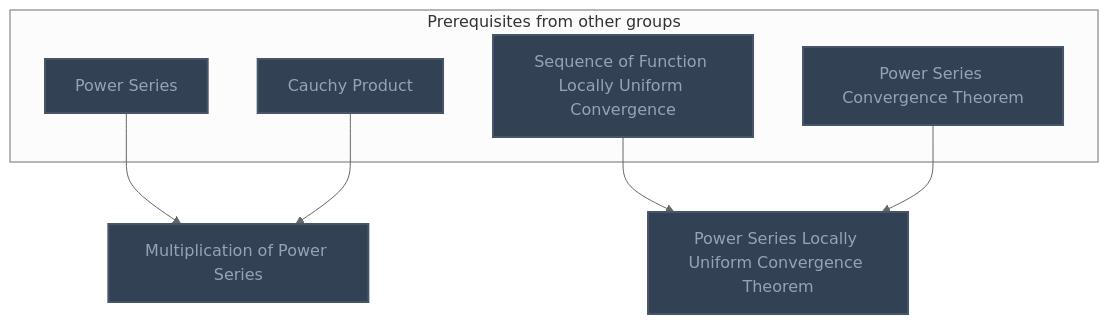
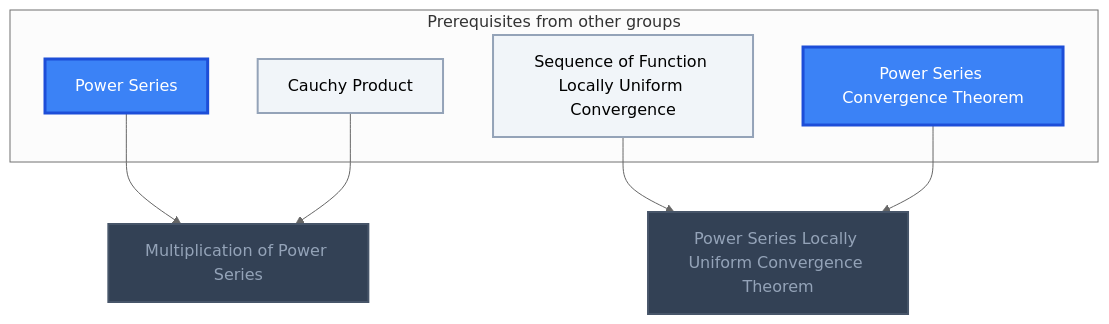
The seventh of 19 diagrams in Gamification/Skill Trees/Complex Analysis.md (MRauf1/My-Notes), drawn with Mermaid (neutral theme) before and after one commit. The commit also changed other lines of this file and 145 other files, not shown here.

````diff
--- a/Gamification/Skill Trees/Complex Analysis.md
+++ b/Gamification/Skill Trees/Complex Analysis.md
@@ -292,26 +300,28 @@
 ```mermaid
 flowchart TD
     classDef planned fill:#1E293B,stroke:#64748B,stroke-width:2px,stroke-dasharray:5 5,color:#94A3B8;
     classDef locked fill:#334155,stroke:#475569,stroke-width:2px,color:#94A3B8;
     classDef L0 fill:#F1F5F9,stroke:#94A3B8,stroke-width:2px,color:#000000;
     classDef L1 fill:#22C55E,stroke:#15803D,stroke-width:2px,color:#000000;
     classDef L2 fill:#3B82F6,stroke:#1D4ED8,stroke-width:3px,color:#FFFFFF;
     classDef L3 fill:#A855F7,stroke:#6B21A8,stroke-width:3px,color:#FFFFFF,font-weight:bold;
     classDef L4 fill:#F97316,stroke:#C2410C,stroke-width:4px,color:#000000,font-weight:bold;
     classDef L5 fill:#FFD700,stroke:#FF8C00,stroke-width:5px,color:#000000,font-weight:bold;
     classDef rusty stroke:#8B4513,stroke-width:4px,stroke-dasharray:3 3;
     subgraph sg_prereqs["Prerequisites from other groups"]
         n_power_series["Power Series"]
         n_cauchy_product["Cauchy Product"]
         n_sequence_of_function_locally_uniform_convergence["Sequence of Function Locally Uniform Convergence"]
         n_power_series_convergence_theorem["Power Series Convergence Theorem"]
     end
     n_multiplication_of_power_series["Multiplication of Power Series"]
     n_power_series_locally_uniform_convergence_theorem["Power Series Locally Uniform Convergence Theorem"]
     n_power_series --> n_multiplication_of_power_series
     n_cauchy_product --> n_multiplication_of_power_series
     n_sequence_of_function_locally_uniform_convergence --> n_power_series_locally_uniform_convergence_theorem
     n_power_series_convergence_theorem --> n_power_series_locally_uniform_convergence_theorem
-    class n_power_series,n_cauchy_product,n_sequence_of_function_locally_uniform_convergence,n_power_series_convergence_theorem,n_multiplication_of_power_series,n_power_series_locally_uniform_convergence_theorem locked;
+    class n_multiplication_of_power_series,n_power_series_locally_uniform_convergence_theorem locked;
+    class n_cauchy_product,n_sequence_of_function_locally_uniform_convergence L0;
+    class n_power_series,n_power_series_convergence_theorem L2;
     class n_power_series,n_cauchy_product,n_sequence_of_function_locally_uniform_convergence,n_power_series_convergence_theorem,n_multiplication_of_power_series,n_power_series_locally_uniform_convergence_theorem internal-link;
 ```
````
